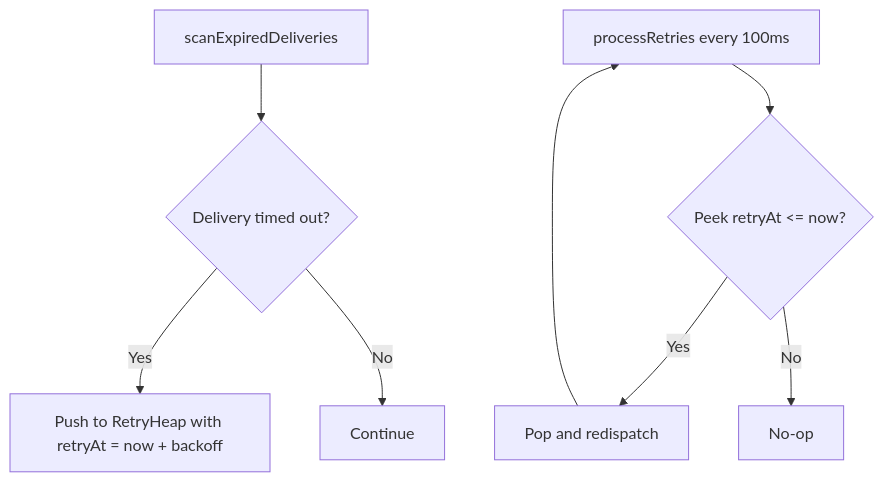
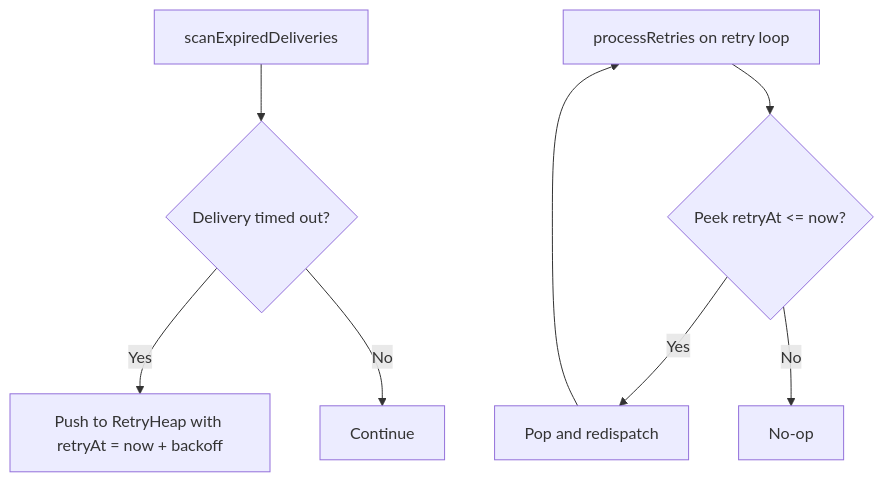
One commit to jatin711-debug/cronos_db_golang changed diagram 23 of 47 in ARCHITECTURE.md. Above: the diagram before and after it, drawn with Mermaid. The commit also changed other lines of this file and 24 other files, not shown here.

First line of the commit message:
docs: align architecture docs and mermaid with current runtime

````diff
--- a/ARCHITECTURE.md
+++ b/ARCHITECTURE.md
@@ -708,11 +720,11 @@
 ```mermaid
 flowchart TD
     A[scanExpiredDeliveries] --> B{Delivery timed out?}
     B -->|Yes| C[Push to RetryHeap with retryAt = now + backoff]
     B -->|No| D[Continue]
 
-    E[processRetries every 100ms] --> F{Peek retryAt <= now?}
+    E[processRetries on retry loop] --> F{Peek retryAt <= now?}
     F -->|Yes| G[Pop and redispatch]
     F -->|No| H[No-op]
     G --> E
 ```
````
